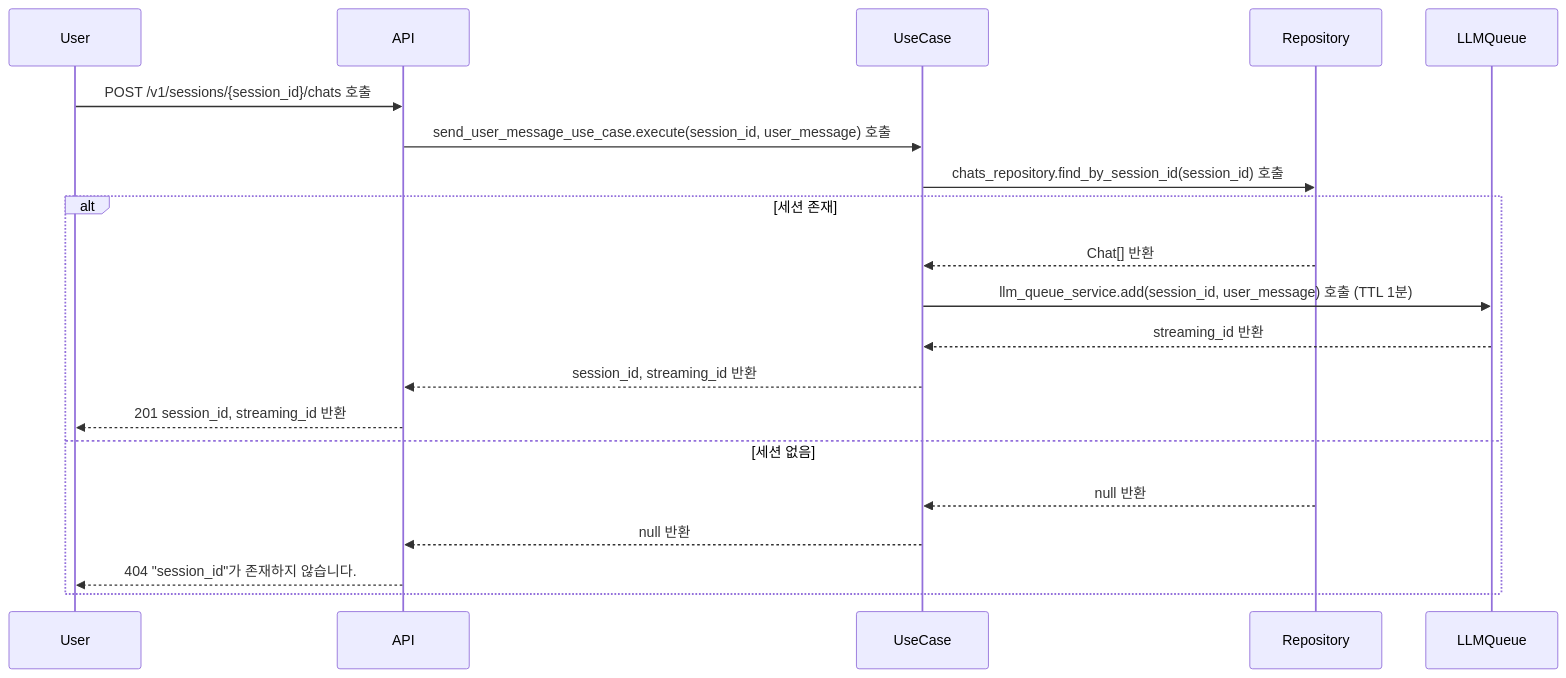
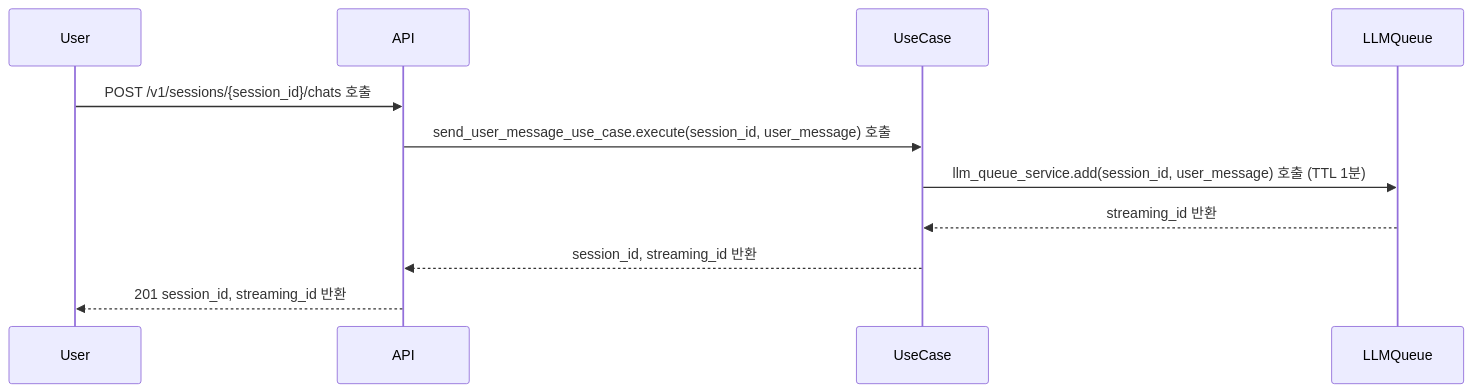
Before and after one commit to JeHwanYoo/naver-smart-store-rag-chatbot: the third of 4 diagrams in README.md, drawn with Mermaid. The commit also changed other lines of this file, not shown here.

Commit message:
🐛fix(README): 첫 대화를 위한 설계 변경

````diff
--- a/README.md
+++ b/README.md
@@ -230,17 +226,9 @@
 ```mermaid
 sequenceDiagram
     User ->> API: POST /v1/sessions/{session_id}/chats 호출
     API ->> UseCase: send_user_message_use_case.execute(session_id, user_message) 호출
-    UseCase ->> Repository: chats_repository.find_by_session_id(session_id) 호출
-    alt 세션 존재
-        Repository -->> UseCase: Chat[] 반환
-        UseCase ->> LLMQueue: llm_queue_service.add(session_id, user_message) 호출 (TTL 1분)
-        LLMQueue -->> UseCase: streaming_id 반환
-        UseCase -->> API: session_id, streaming_id 반환
-        API -->> User: 201 session_id, streaming_id 반환
-    else 세션 없음
-        Repository -->> UseCase: null 반환
-        UseCase -->> API: null 반환
-        API -->> User: 404 "session_id"가 존재하지 않습니다.
-    end
+    UseCase ->> LLMQueue: llm_queue_service.add(session_id, user_message) 호출 (TTL 1분)
+    LLMQueue -->> UseCase: streaming_id 반환
+    UseCase -->> API: session_id, streaming_id 반환
+    API -->> User: 201 session_id, streaming_id 반환
 ```
````
